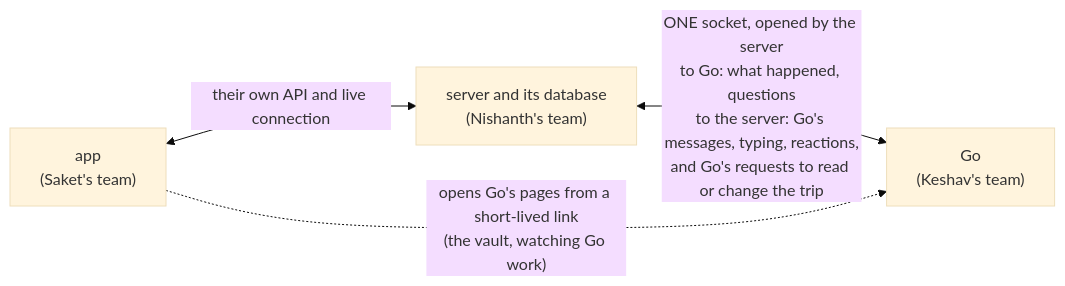
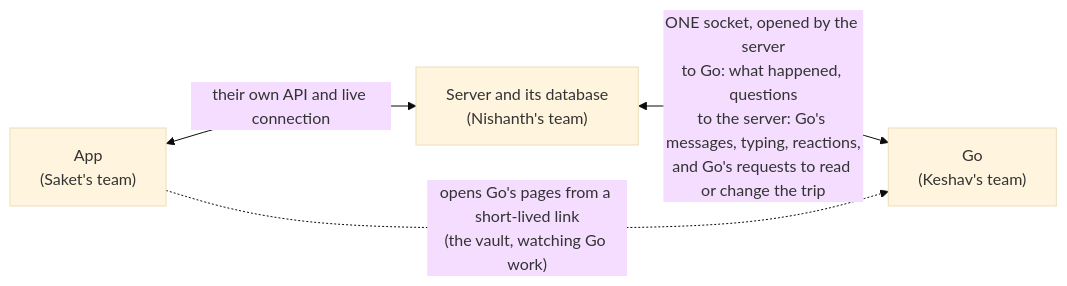
One commit to vestra-ai/go-brain changed the diagram in docs/guide/README.md. Above: the diagram before and after it, drawn with Mermaid (base theme). The commit also changed other lines of this file and 10 other files, not shown here.

First line of the commit message:
docs(guide): Server and App capitalised where they name the parts

````diff
--- a/docs/guide/README.md
+++ b/docs/guide/README.md
@@ -34,6 +34,6 @@
 ```mermaid
 flowchart LR
-  app["app<br/>(Saket's team)"] <-- "their own API and live connection" --> server["server and its database<br/>(Nishanth's team)"]
+  app["App<br/>(Saket's team)"] <-- "their own API and live connection" --> server["Server and its database<br/>(Nishanth's team)"]
   server <-- "ONE socket, opened by the server<br/>to Go: what happened, questions<br/>to the server: Go's messages, typing, reactions,<br/>and Go's requests to read or change the trip" --> go["Go<br/>(Keshav's team)"]
   app -. "opens Go's pages from a short-lived link<br/>(the vault, watching Go work)" .-> go
 ```
````
